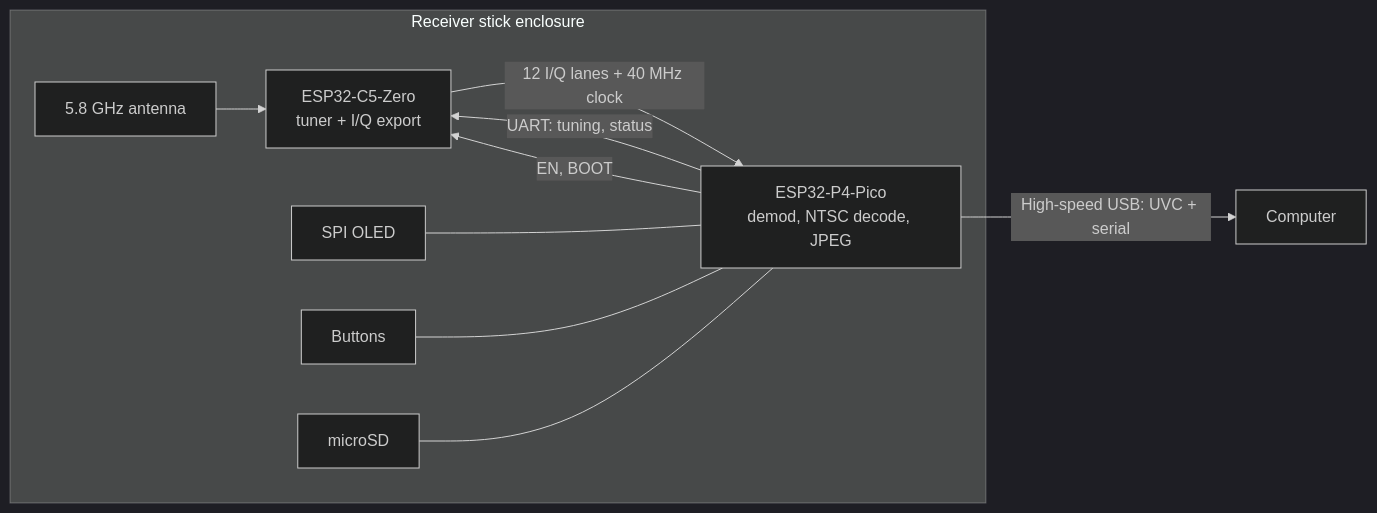
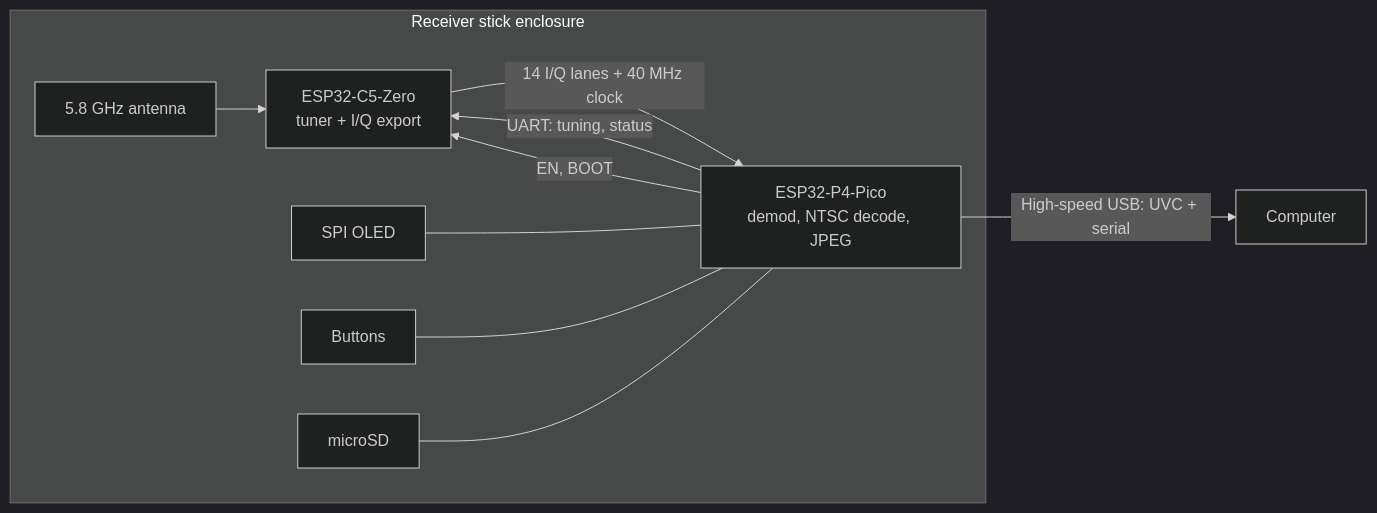
The diagram in docs/p4-receiver-plan.md (zerowidth/C5VRX), drawn with Mermaid (dark theme) before and after one commit. The commit also changed other lines of this file, not shown here.

Commit message:
widen the C5-to-P4 link to 7+7 I/Q lanes

````diff
--- a/docs/p4-receiver-plan.md
+++ b/docs/p4-receiver-plan.md
@@ -11,13 +11,13 @@
 ```mermaid
 flowchart LR
     subgraph stick["Receiver stick enclosure"]
         ant["5.8 GHz antenna"] --> c5["ESP32-C5-Zero<br/>tuner + I/Q export"]
-        c5 -- "12 I/Q lanes + 40 MHz clock" --> p4["ESP32-P4-Pico<br/>demod, NTSC decode, JPEG"]
+        c5 -- "14 I/Q lanes + 40 MHz clock" --> p4["ESP32-P4-Pico<br/>demod, NTSC decode, JPEG"]
         p4 -- "UART: tuning, status" --> c5
         p4 -- "EN, BOOT" --> c5
         oled["SPI OLED"] --- p4
         buttons["Buttons"] --- p4
         sd["microSD"] --- p4
     end
     p4 -- "High-speed USB: UVC + serial" --> host["Computer"]
 ```
````
